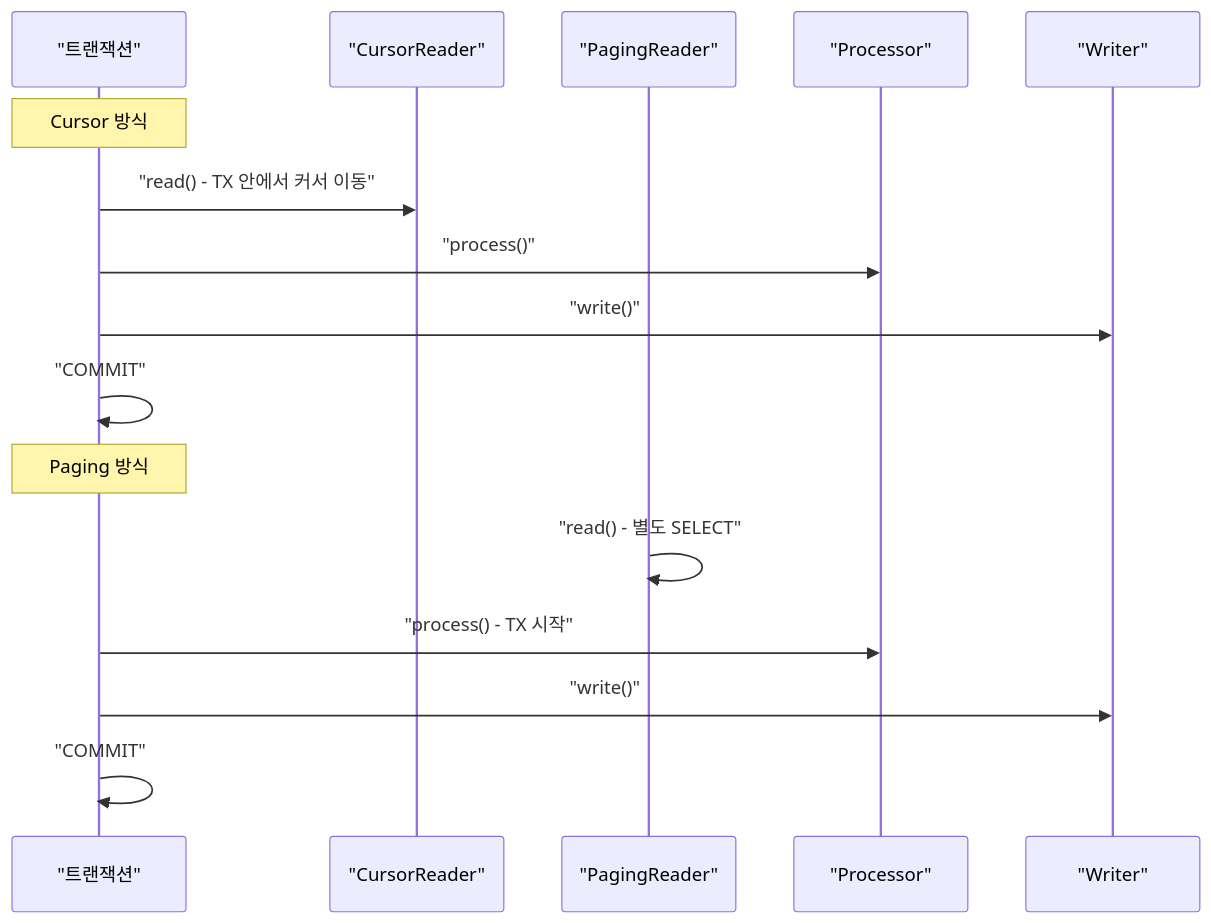
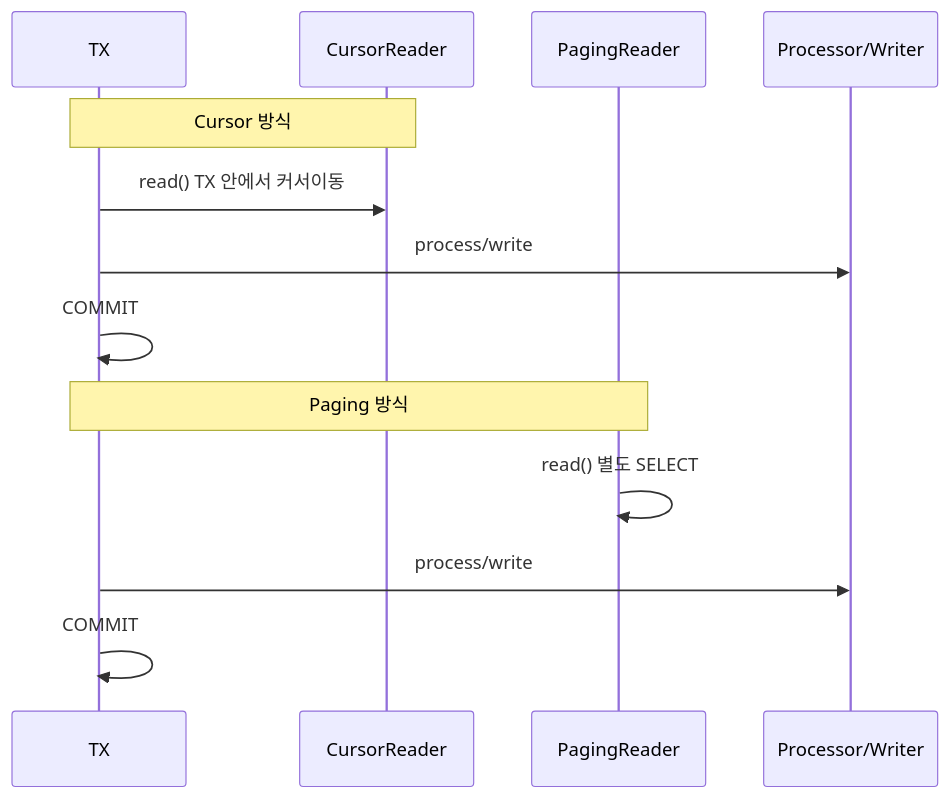
Before and after one commit to yjkim2015/yjkim2015.github.io: the second of 6 diagrams in _posts/batch/2026-05-03-spring-batch-chunk-processing.md, drawn with Mermaid. The commit also changed other lines of this file and 215 other files, not shown here.

First line of the commit message:
신규 포스트 10개 추가 + Mermaid 전면 축소 + SystemDesign 시리즈 보강

````diff
--- a/_posts/batch/2026-05-03-spring-batch-chunk-processing.md
+++ b/_posts/batch/2026-05-03-spring-batch-chunk-processing.md
@@ -85,20 +81,15 @@
 ```mermaid
 sequenceDiagram
-    participant TX as "트랜잭션"
-    participant CR as "CursorReader"
-    participant PR as "PagingReader"
-    participant P as "Processor"
-    participant W as "Writer"
-
-    Note over TX: Cursor 방식
-    TX->>CR: "read() - TX 안에서 커서 이동"
-    TX->>P: "process()"
-    TX->>W: "write()"
-    TX->>TX: "COMMIT"
-
-    Note over TX: Paging 방식
-    PR->>PR: "read() - 별도 SELECT"
-    TX->>P: "process() - TX 시작"
-    TX->>W: "write()"
-    TX->>TX: "COMMIT"
+    participant TX as TX
+    participant CR as CursorReader
+    participant PR as PagingReader
+    participant PW as Processor/Writer
+    Note over TX,CR: Cursor 방식
+    TX->>CR: read() TX 안에서 커서이동
+    TX->>PW: process/write
+    TX->>TX: COMMIT
+    Note over TX,PR: Paging 방식
+    PR->>PR: read() 별도 SELECT
+    TX->>PW: process/write
+    TX->>TX: COMMIT
 ```
````
